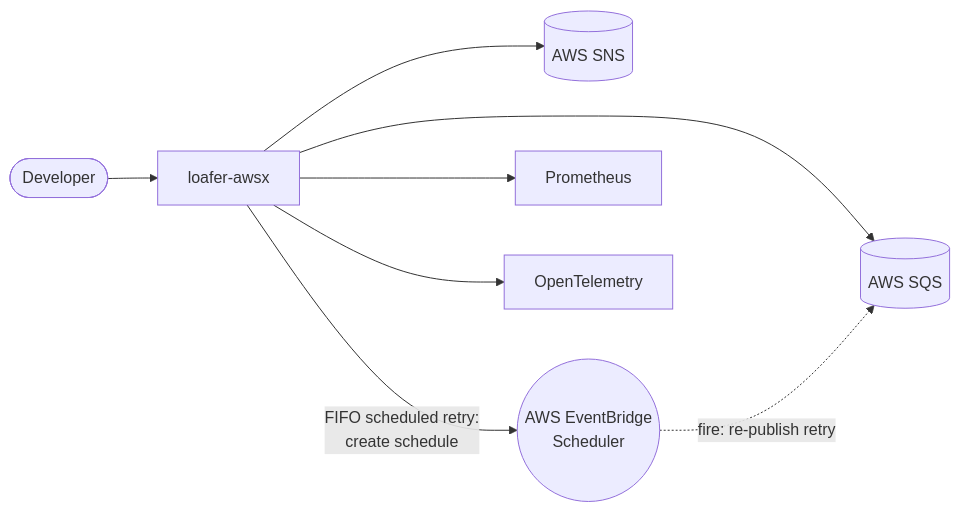
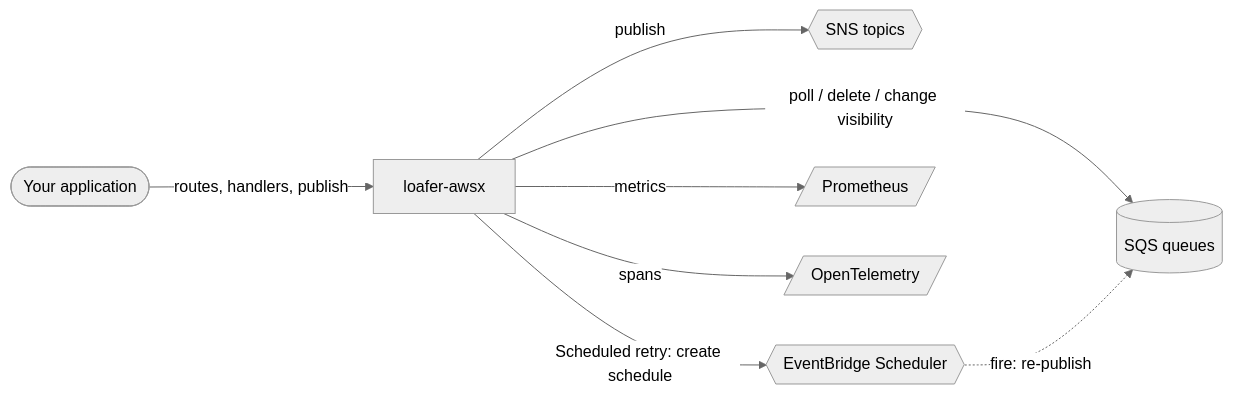
The first of 3 diagrams in README.md (silviolleite/loafer-awsx), drawn with Mermaid before and after one commit. The commit also changed other lines of this file, not shown here.

Commit message:
docs: refresh README diagrams and benchmark results

````diff
--- a/README.md
+++ b/README.md
@@ -53,18 +59,19 @@
 ```mermaid
+%%{init: {"theme": "neutral"}}%%
 flowchart LR
-    dev([Developer])
+    app([Your application])
     loafer[loafer-awsx]
-    sqs[(AWS SQS)]
-    sns[(AWS SNS)]
-    ebs((AWS EventBridge<br/>Scheduler))
-    prom[Prometheus]
-    otel[OpenTelemetry]
+    sqs[(SQS queues)]
+    sns{{SNS topics}}
+    ebs{{EventBridge Scheduler}}
+    prom[/Prometheus/]
+    otel[/OpenTelemetry/]
 
-    dev --> loafer
-    loafer --> sqs
-    loafer --> sns
-    loafer -->|FIFO scheduled retry:<br/>create schedule| ebs
-    ebs -.->|fire: re-publish retry| sqs
-    loafer --> prom
-    loafer --> otel
+    app -->|routes, handlers, publish| loafer
+    loafer -->|poll / delete / change visibility| sqs
+    loafer -->|publish| sns
+    loafer -->|Scheduled retry: create schedule| ebs
+    ebs -.->|fire: re-publish| sqs
+    loafer -->|metrics| prom
+    loafer -->|spans| otel
 ```
````
